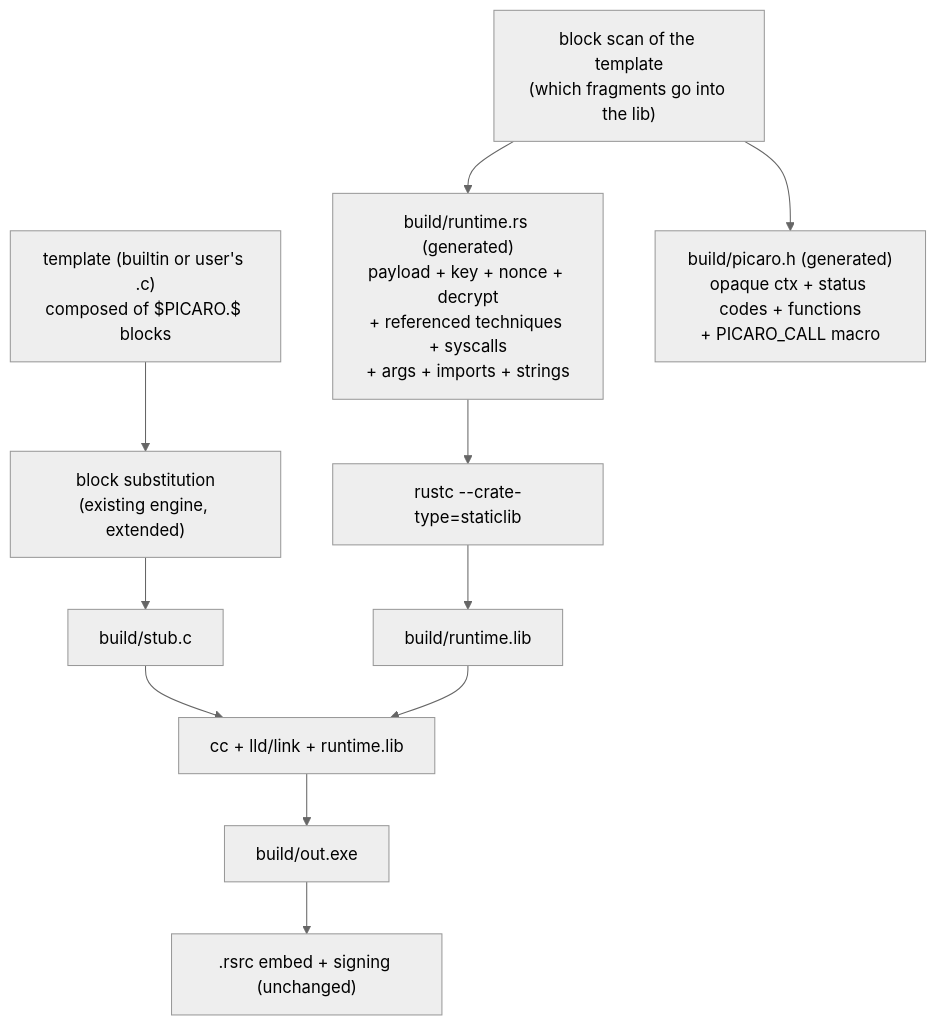
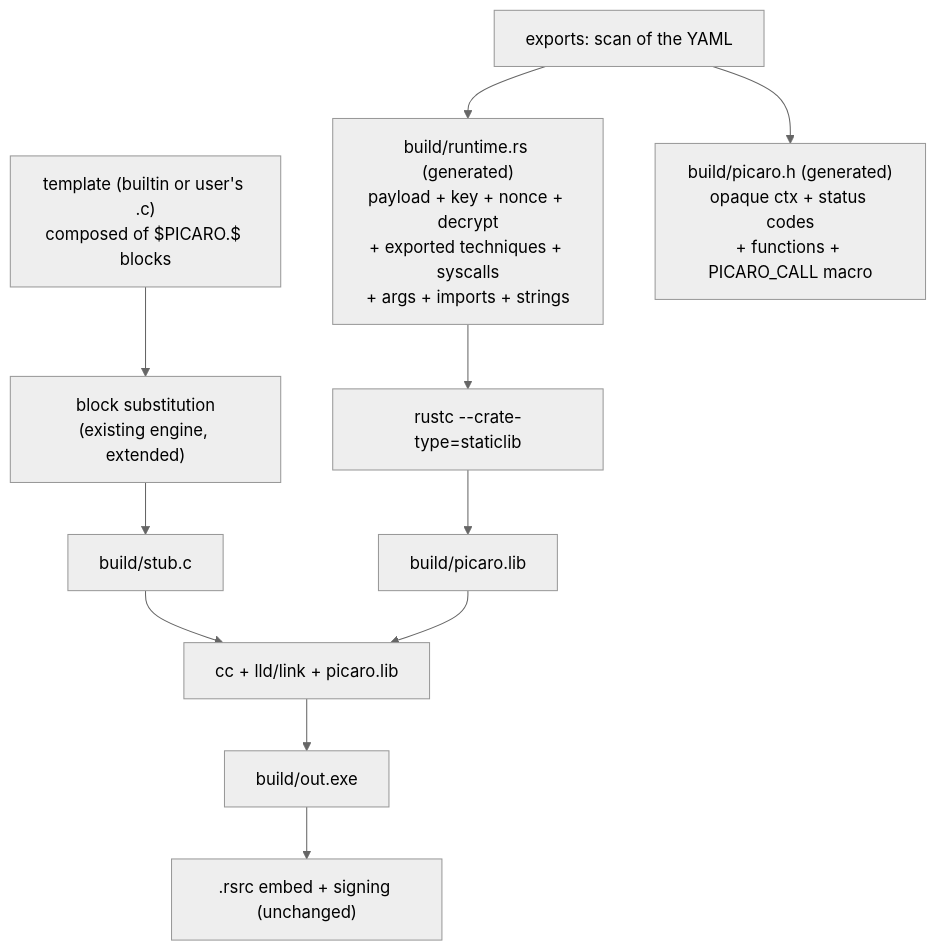
Before and after one commit to M3str3/Picaro: the diagram in docs/FUTURE_MULTI_STUB_PLAN.md, drawn with Mermaid (neutral theme). The commit also changed other lines of this file and 7 other files, not shown here.

````diff
--- a/docs/FUTURE_MULTI_STUB_PLAN.md
+++ b/docs/FUTURE_MULTI_STUB_PLAN.md
@@ -83,13 +97,13 @@
 ```mermaid
 flowchart TD
     A["template (builtin or user's .c)<br/>composed of $PICARO.$ blocks"] --> B["block substitution<br/>(existing engine, extended)"]
     B --> C["build/stub.c"]
-    D["build/runtime.rs (generated)<br/>payload + key + nonce + decrypt<br/>+ referenced techniques + syscalls<br/>+ args + imports + strings"] --> E["rustc --crate-type=staticlib"]
-    E --> F["build/runtime.lib"]
-    G["block scan of the template<br/>(which fragments go into the lib)"] --> D
-    G --> H["build/picaro.h (generated)<br/>opaque ctx + status codes + functions<br/>+ PICARO_CALL macro"]
-    C --> I["cc + lld/link + runtime.lib"]
+    D["build/runtime.rs (generated)<br/>payload + key + nonce + decrypt<br/>+ exported techniques + syscalls<br/>+ args + imports + strings"] --> E["rustc --crate-type=staticlib"]
+    E --> F["build/picaro.lib"]
+    G["exports: scan of the YAML"] --> D
+    G --> H["build/picaro.h (generated)<br/>opaque ctx + status codes<br/>+ functions + PICARO_CALL macro"]
+    C --> I["cc + lld/link + picaro.lib"]
     F --> I
     I --> J["build/out.exe"]
     J --> K[".rsrc embed + signing (unchanged)"]
 ```
````
